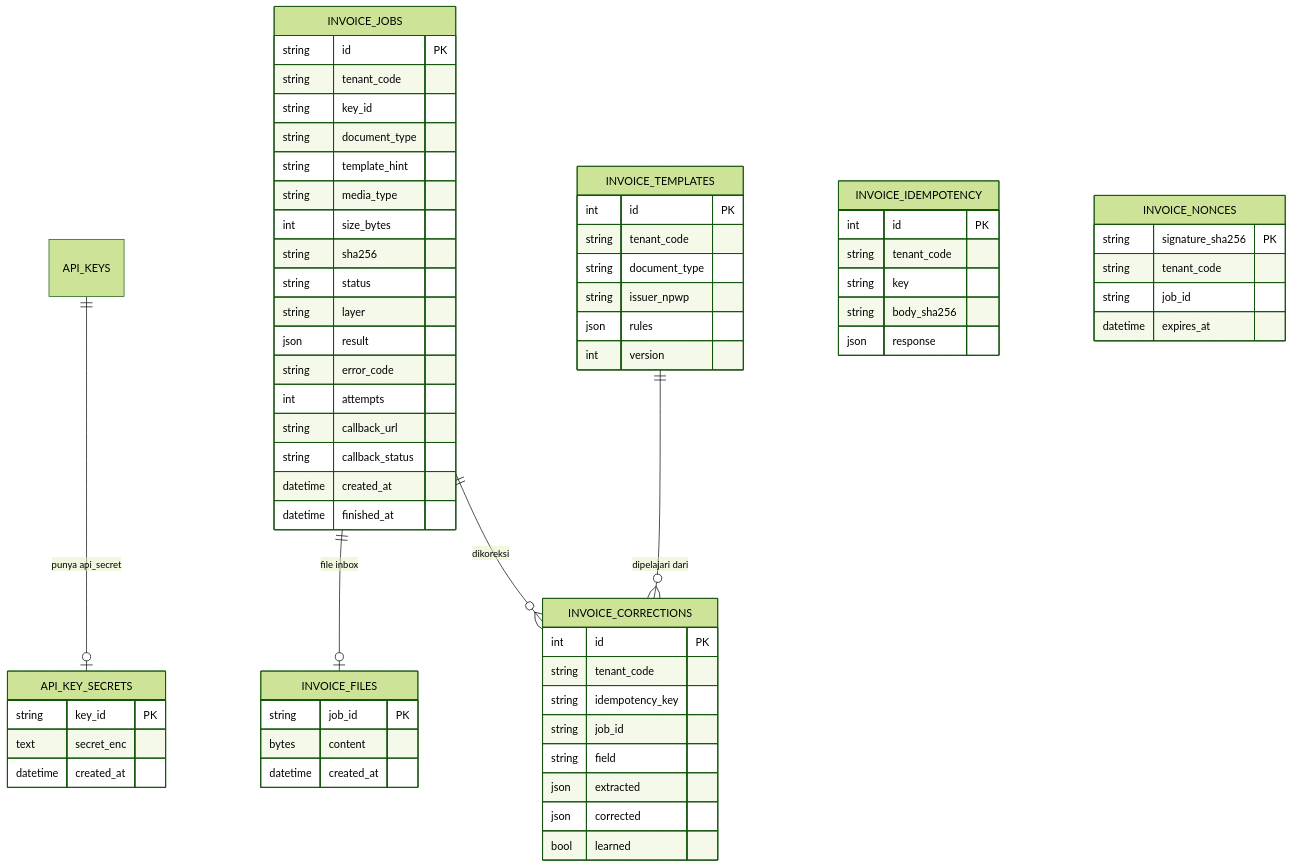
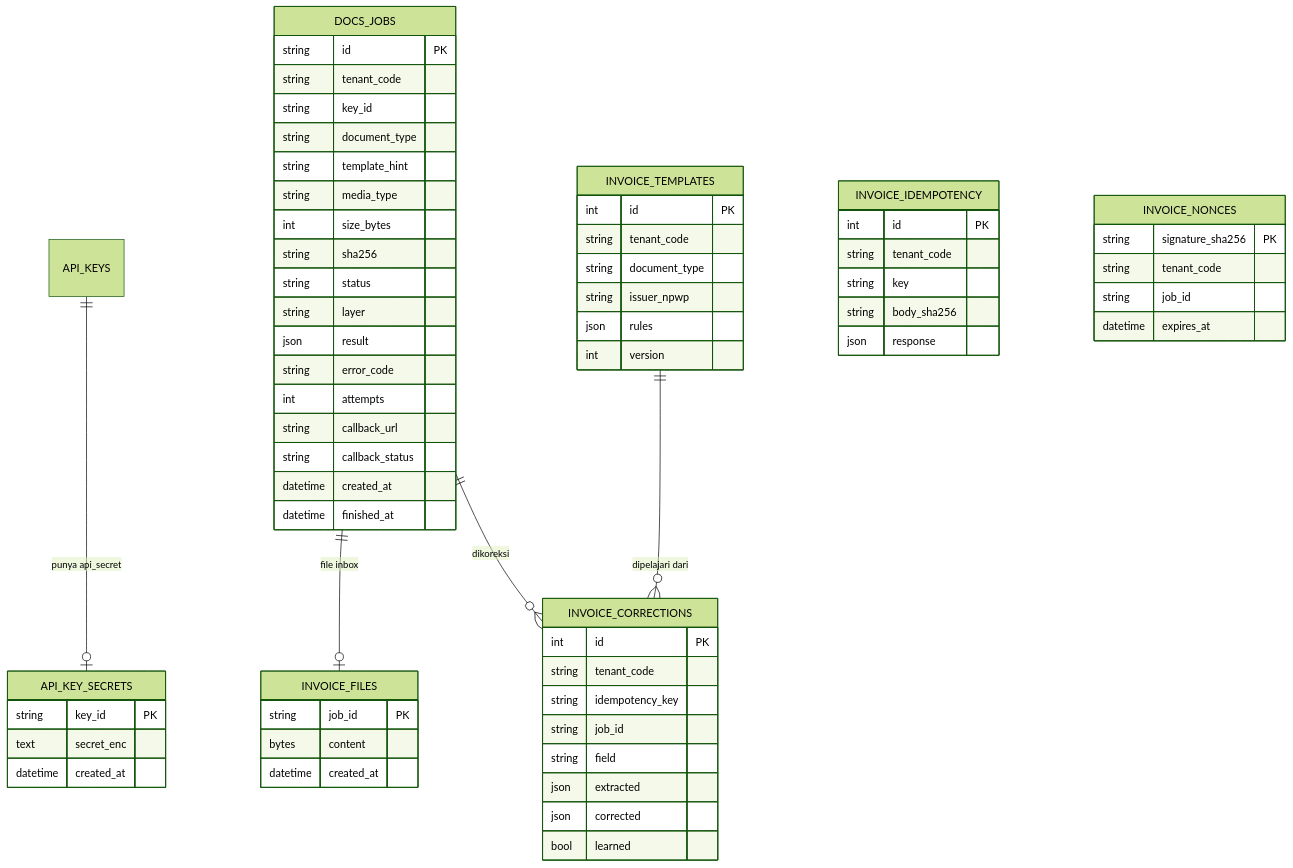
The first of 2 diagrams in docs/invoice-ocr-design.md (anas-fikri/ocr-engine), drawn with Mermaid (forest theme) before and after one commit. The commit also changed other lines of this file and 41 other files, not shown here.

````diff
--- a/docs/invoice-ocr-design.md
+++ b/docs/invoice-ocr-design.md
@@ -47,33 +47,33 @@
 ```mermaid
 erDiagram
     API_KEYS ||--o| API_KEY_SECRETS : "punya api_secret"
-    INVOICE_JOBS ||--o| INVOICE_FILES : "file inbox"
+    DOCS_JOBS ||--o| INVOICE_FILES : "file inbox"
     INVOICE_TEMPLATES ||--o{ INVOICE_CORRECTIONS : "dipelajari dari"
-    INVOICE_JOBS ||--o{ INVOICE_CORRECTIONS : "dikoreksi"
+    DOCS_JOBS ||--o{ INVOICE_CORRECTIONS : "dikoreksi"
 
     API_KEY_SECRETS { string key_id PK  text secret_enc  datetime created_at }
-    INVOICE_JOBS {
+    DOCS_JOBS {
         string id PK
         string tenant_code
         string key_id
         string document_type
         string template_hint
         string media_type
         int size_bytes
         string sha256
         string status
         string layer
         json result
         string error_code
         int attempts
         string callback_url
         string callback_status
         datetime created_at
         datetime finished_at
     }
     INVOICE_FILES { string job_id PK  bytes content  datetime created_at }
     INVOICE_TEMPLATES { int id PK  string tenant_code  string document_type  string issuer_npwp  json rules  int version }
     INVOICE_CORRECTIONS { int id PK  string tenant_code  string idempotency_key  string job_id  string field  json extracted  json corrected  bool learned }
     INVOICE_IDEMPOTENCY { int id PK  string tenant_code  string key  string body_sha256  json response }
     INVOICE_NONCES { string signature_sha256 PK  string tenant_code  string job_id  datetime expires_at }
 ```
````
